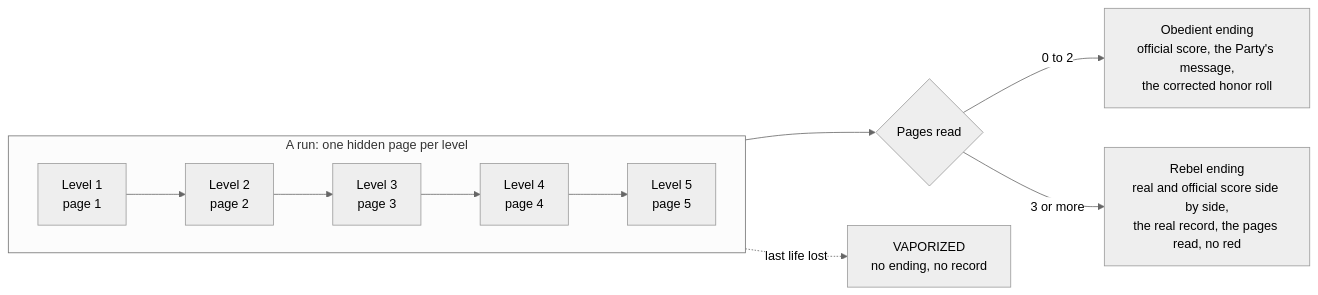
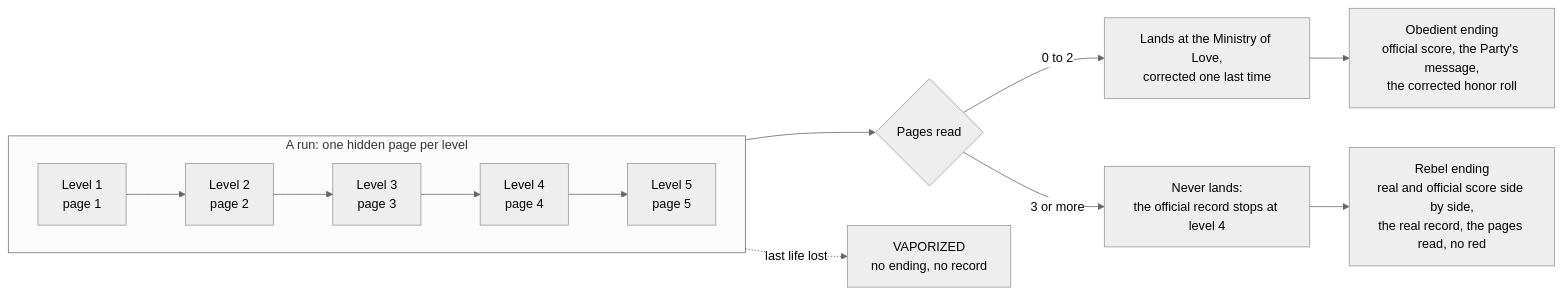
One commit to CarlosSandoval-03/Newspeak-1984 changed the diagram in docs/narrative.md. Above: the diagram before and after it, drawn with Mermaid (neutral theme). The commit also changed other lines of this file and 9 other files, not shown here.

````diff
--- a/docs/narrative.md
+++ b/docs/narrative.md
@@ -42,11 +42,13 @@
 ```mermaid
 flowchart LR
     subgraph run["A run: one hidden page per level"]
         direction LR
         p1["Level 1<br/>page 1"] --> p2["Level 2<br/>page 2"] --> p3["Level 3<br/>page 3"] --> p4["Level 4<br/>page 4"] --> p5["Level 5<br/>page 5"]
     end
     run --> pages{"Pages read"}
-    pages -->|"0 to 2"| obedient["Obedient ending<br/>official score, the Party's message,<br/>the corrected honor roll"]
-    pages -->|"3 or more"| rebel["Rebel ending<br/>real and official score side by side,<br/>the real record, the pages read, no red"]
+    pages -->|"0 to 2"| lands["Lands at the Ministry of Love,<br/>corrected one last time"]
+    lands --> obedient["Obedient ending<br/>official score, the Party's message,<br/>the corrected honor roll"]
+    pages -->|"3 or more"| leaves["Never lands:<br/>the official record stops at level 4"]
+    leaves --> rebel["Rebel ending<br/>real and official score side by side,<br/>the real record, the pages read, no red"]
     run -.->|"last life lost"| vaporized["VAPORIZED<br/>no ending, no record"]
 ```
````
